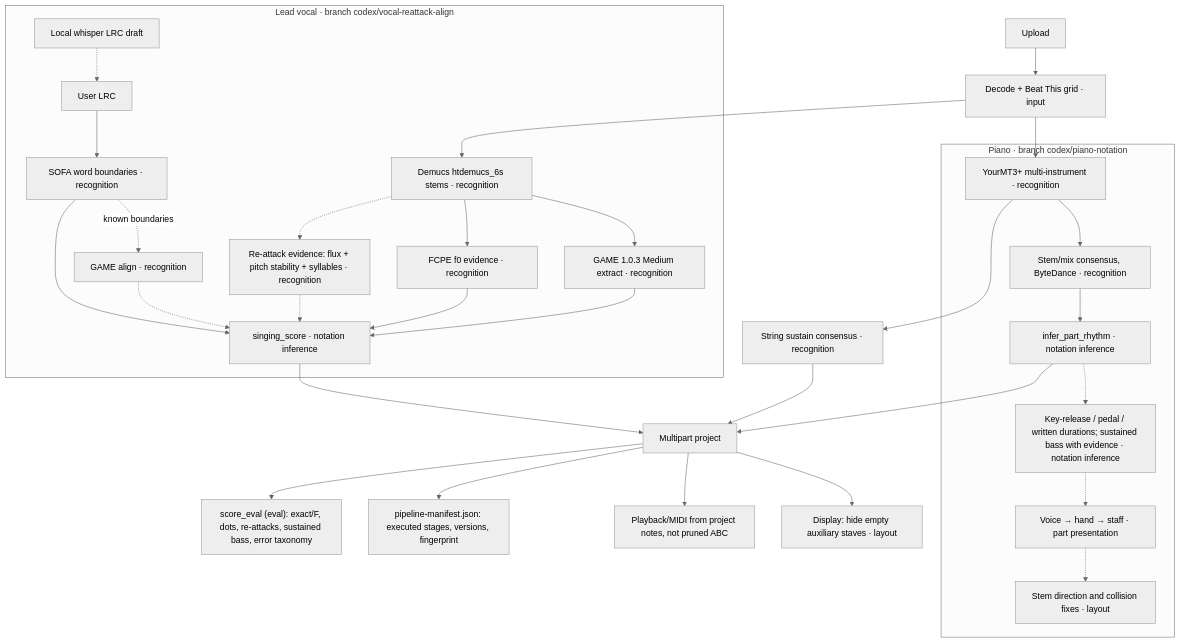
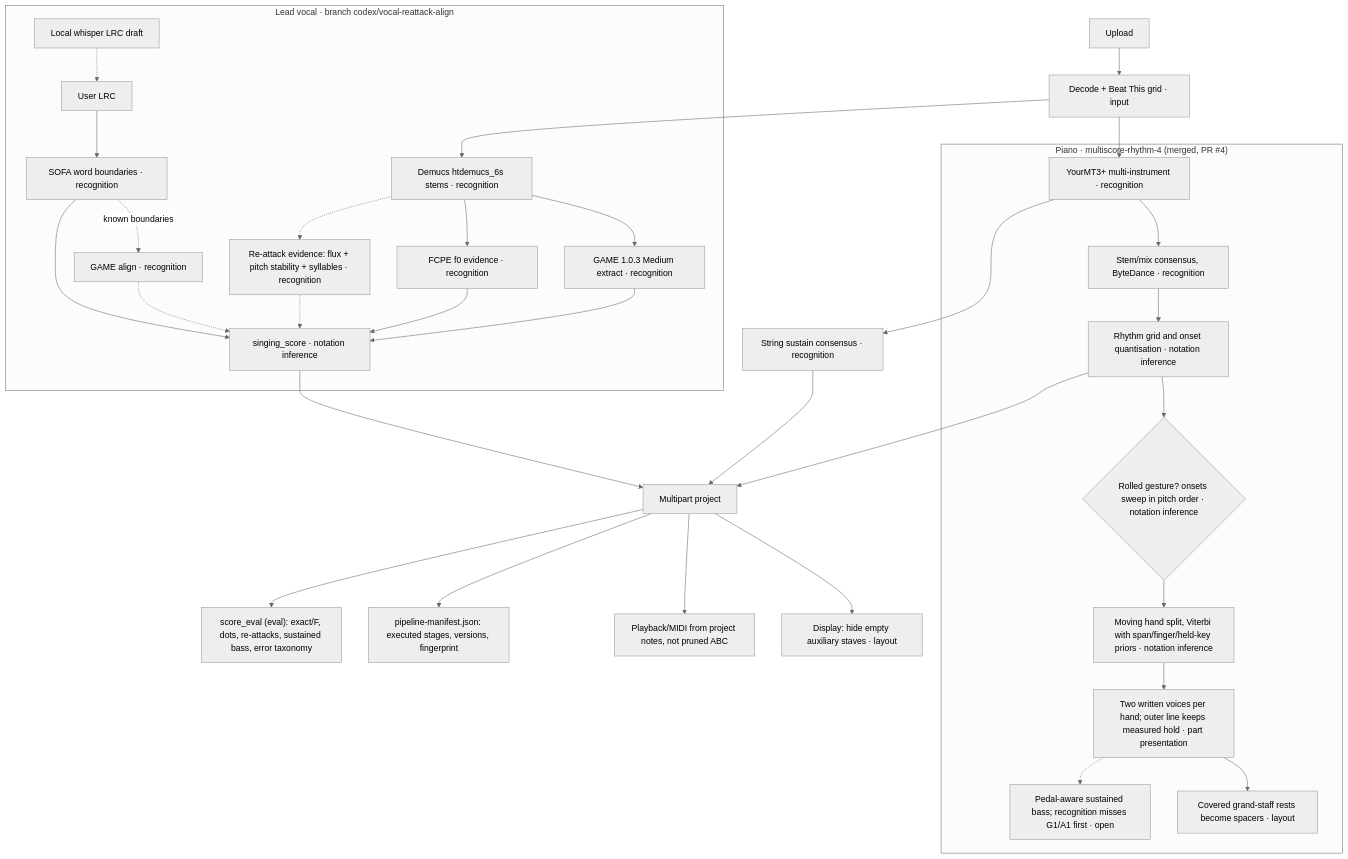
The diagram in docs/PIPELINE.md (zzzhhn/coro-workbench), drawn with Mermaid (neutral theme) before and after one commit. The commit also changed other lines of this file, not shown here.

Commit message:
Update pipeline doc with merged piano v5 and its open trade-off

````diff
--- a/docs/PIPELINE.md
+++ b/docs/PIPELINE.md
@@ -13,37 +13,39 @@
 ```mermaid
 flowchart TD
   A[Upload] --> B[Decode + Beat This grid · input]
   B --> SEP[Demucs htdemucs_6s stems · recognition]
   B --> MT[YourMT3+ multi-instrument · recognition]
 
   subgraph Vocal["Lead vocal · branch codex/vocal-reattack-align"]
     SEP --> GE[GAME 1.0.3 Medium extract · recognition]
     SEP --> FC[FCPE f0 evidence · recognition]
     LRC[User LRC] --> SOFA[SOFA word boundaries · recognition]
     ASR[Local whisper LRC draft] -.-> LRC
     SOFA -.->|known boundaries| GA[GAME align · recognition]
     SEP -.-> RX[Re-attack evidence: flux + pitch stability + syllables · recognition]
     GE --> SS[singing_score · notation inference]
     GA -.-> SS
     RX -.-> SS
     FC --> SS
     SOFA --> SS
   end
 
-  subgraph Piano["Piano · branch codex/piano-notation"]
+  subgraph Piano["Piano · multiscore-rhythm-4 (merged, PR #4)"]
     MT --> PC[Stem/mix consensus, ByteDance · recognition]
-    PC --> PR[infer_part_rhythm · notation inference]
-    PR -.-> PD[Key-release / pedal / written durations; sustained bass with evidence · notation inference]
-    PD -.-> PH[Voice → hand → staff · part presentation]
-    PH -.-> PL[Stem direction and collision fixes · layout]
+    PC --> PR[Rhythm grid and onset quantisation · notation inference]
+    PR --> PA{Rolled gesture? onsets sweep in pitch order · notation inference}
+    PA --> PH[Moving hand split, Viterbi with span/finger/held-key priors · notation inference]
+    PH --> PV[Two written voices per hand; outer line keeps measured hold · part presentation]
+    PV --> PL[Covered grand-staff rests become spacers · layout]
+    PV -.-> PD[Pedal-aware sustained bass; recognition misses G1/A1 first · open]
   end
 
   MT --> STR[String sustain consensus · recognition]
   SS --> PRJ[Multipart project]
   PR --> PRJ
   STR --> PRJ
   PRJ --> VIEW[Display: hide empty auxiliary staves · layout]
   PRJ --> AUD[Playback/MIDI from project notes, not pruned ABC]
   PRJ --> MAN[pipeline-manifest.json: executed stages, versions, fingerprint]
   PRJ --> EV["score_eval (eval): exact/F, dots, re-attacks, sustained bass, error taxonomy"]
 ```
````
